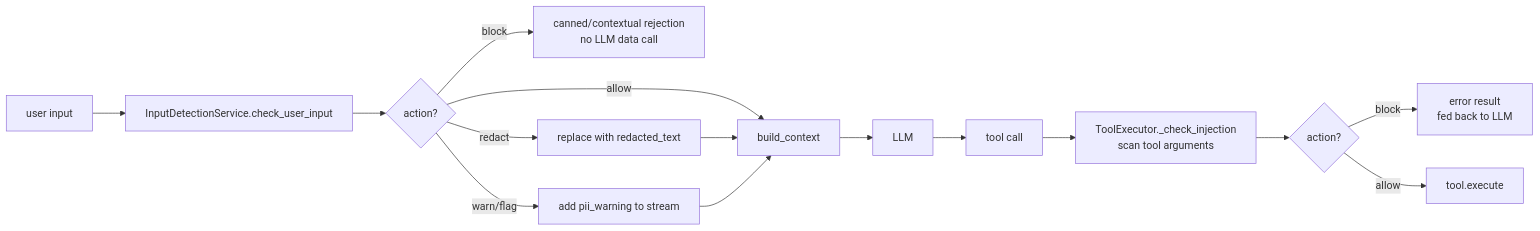
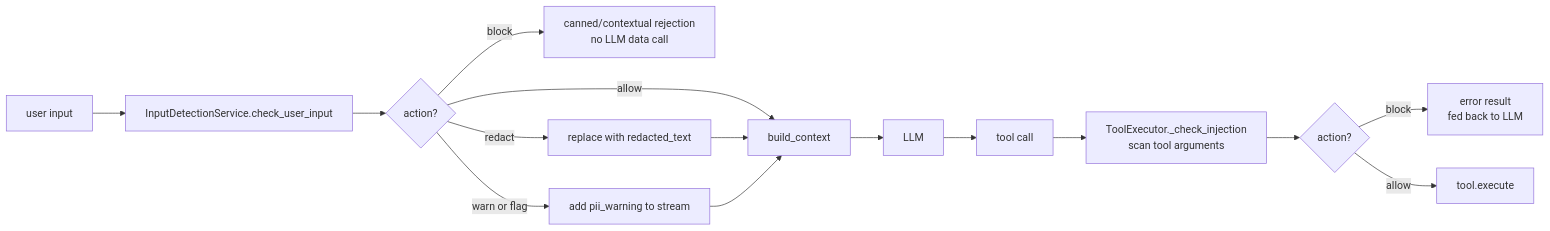
The third of 4 diagrams in docs/developer-guide/guides/ai-assistant.md (waldur/waldur-docs), drawn with Mermaid before and after one commit. The commit also changed other lines of this file and 34 other files, not shown here.

````diff
--- a/docs/developer-guide/guides/ai-assistant.md
+++ b/docs/developer-guide/guides/ai-assistant.md
@@ -293,17 +293,17 @@
 ```mermaid
 graph LR
     A[user input] --> B[InputDetectionService.check_user_input]
     B --> C{action?}
-    C -- block --> D[canned/contextual rejection<br/>no LLM data call]
-    C -- redact --> E[replace with redacted_text]
-    C -- warn/flag --> F[add pii_warning to stream]
-    C -- allow --> G[build_context]
+    C -->|block| D[canned/contextual rejection<br/>no LLM data call]
+    C -->|redact| E[replace with redacted_text]
+    C -->|warn or flag| F[add pii_warning to stream]
+    C -->|allow| G[build_context]
     E --> G
     F --> G
     G --> H[LLM]
     H --> I[tool call]
     I --> J[ToolExecutor._check_injection<br/>scan tool arguments]
     J --> K{action?}
     K -- block --> L[error result<br/>fed back to LLM]
     K -- allow --> M[tool.execute]
 ```
````
